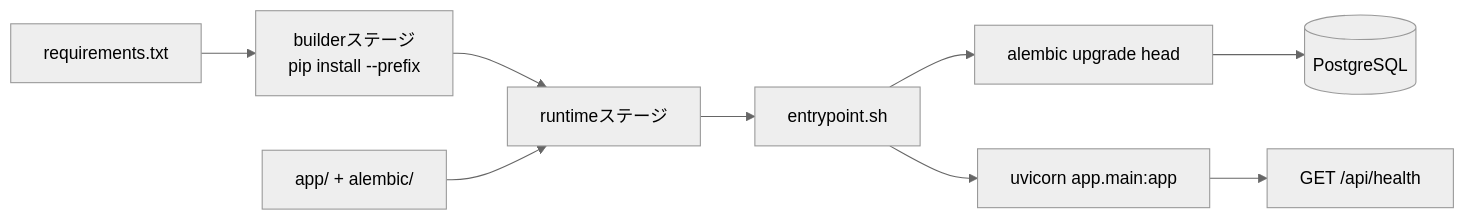
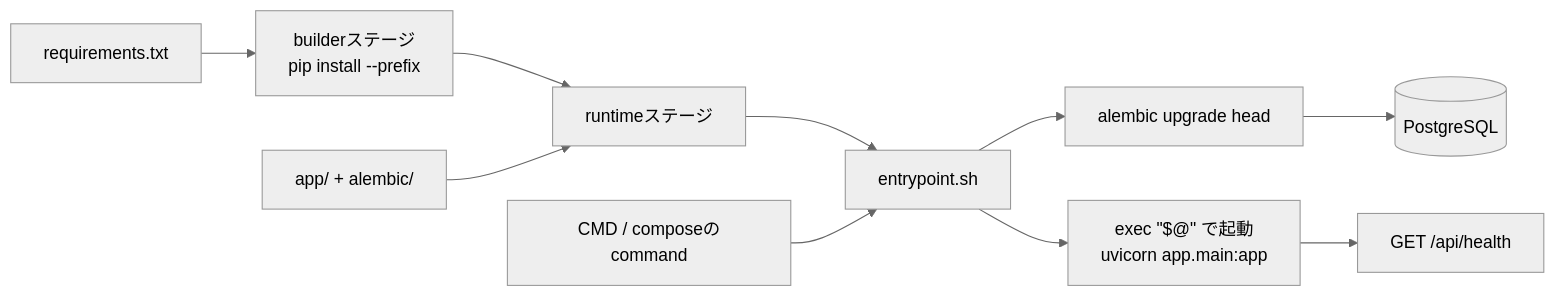
The fifth of 5 diagrams in docs/detailed_design/infra/02_dockerfile_api.md (oikawa-d/task_management), drawn with Mermaid (neutral theme) before and after one commit. The commit also changed other lines of this file and 4 other files, not shown here.

````diff
--- a/docs/detailed_design/infra/02_dockerfile_api.md
+++ b/docs/detailed_design/infra/02_dockerfile_api.md
@@ -167,11 +168,12 @@
 ```mermaid
 flowchart LR
     REQ["requirements.txt"] --> BUILDER["builderステージ<br/>pip install --prefix"]
     BUILDER --> RUNTIME["runtimeステージ"]
     APPCODE["app/ + alembic/"] --> RUNTIME
     RUNTIME --> ENTRY["entrypoint.sh"]
     ENTRY --> ALEMBIC["alembic upgrade head"]
     ALEMBIC --> PG[("PostgreSQL")]
-    ENTRY --> UVICORN["uvicorn app.main:app"]
+    CMDARG["CMD / composeのcommand"] --> ENTRY
+    ENTRY --> UVICORN["exec #quot;$@#quot; で起動<br/>uvicorn app.main:app"]
     UVICORN --> HEALTH["GET /api/health"]
 ```
````
